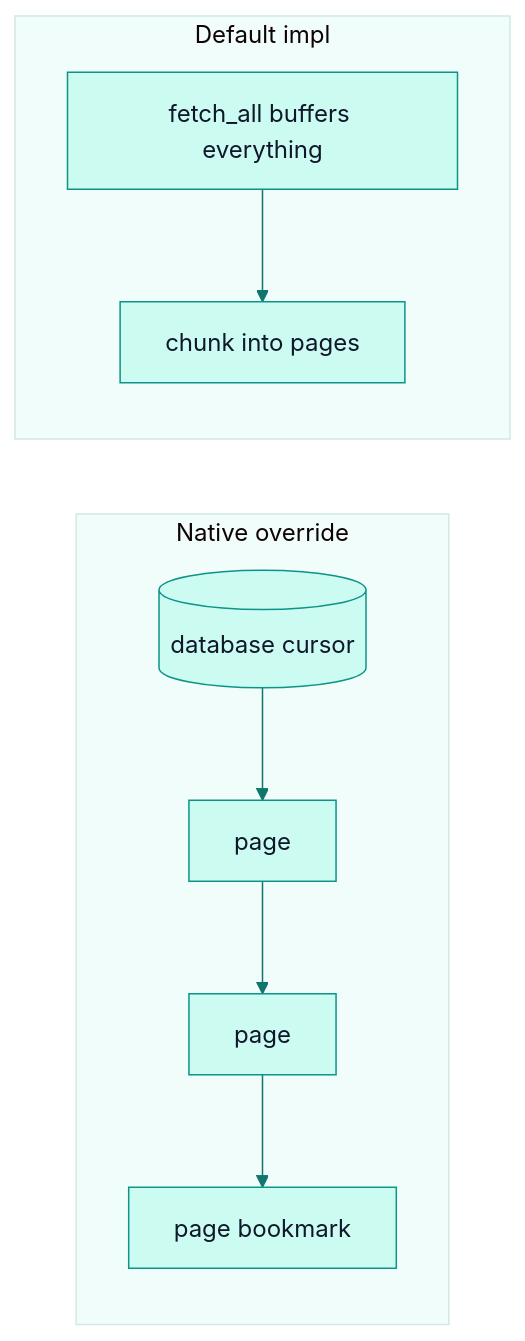
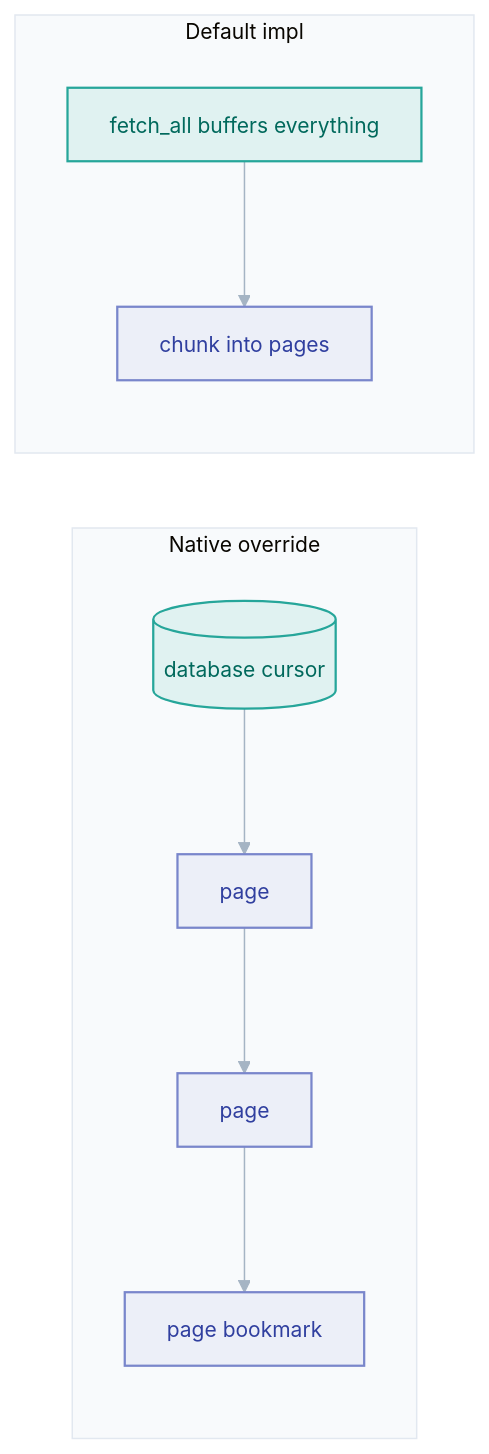
The diagram in docs/architecture/stream-pages.md (PawanSikawat/faucet-stream), drawn with Mermaid before and after one commit. The commit also changed 28 other files, not shown here.

First line of the commit message:
docs: upgrade Mermaid diagrams to V2 role-coded style

````diff
--- a/docs/architecture/stream-pages.md
+++ b/docs/architecture/stream-pages.md
@@ -47,10 +47,14 @@
 ```mermaid
-%%{init: {'theme':'base','themeVariables':{'primaryColor':'#ccfbf1','primaryTextColor':'#0f172a','primaryBorderColor':'#0d9488','lineColor':'#0f766e','secondaryColor':'#e0f2fe','tertiaryColor':'#f0fdfa','fontFamily':'-apple-system,BlinkMacSystemFont,Segoe UI,sans-serif'}}}%%
+%%{init: {'theme':'base','flowchart':{'curve':'basis','nodeSpacing':50,'rankSpacing':72,'padding':14},'themeVariables':{'fontFamily':'-apple-system,BlinkMacSystemFont,Segoe UI,sans-serif','fontSize':'14px','lineColor':'#a5b4c4','clusterBkg':'#f8fafc','clusterBorder':'#e2e8f0'}}}%%
 flowchart LR
     subgraph Native override
       DB[(database cursor)] --> P1[page] --> P2[page] --> P3[page bookmark]
     end
     subgraph Default impl
       FA[fetch_all buffers everything] --> CH[chunk into pages]
     end
+    classDef src fill:#e0f2f1,stroke:#26a69a,stroke-width:1.5px,color:#00695c
+    classDef proc fill:#eceff8,stroke:#7986cb,stroke-width:1.5px,color:#303f9f
+    class DB,FA src
+    class P1,P2,P3,CH proc
 ```
````
